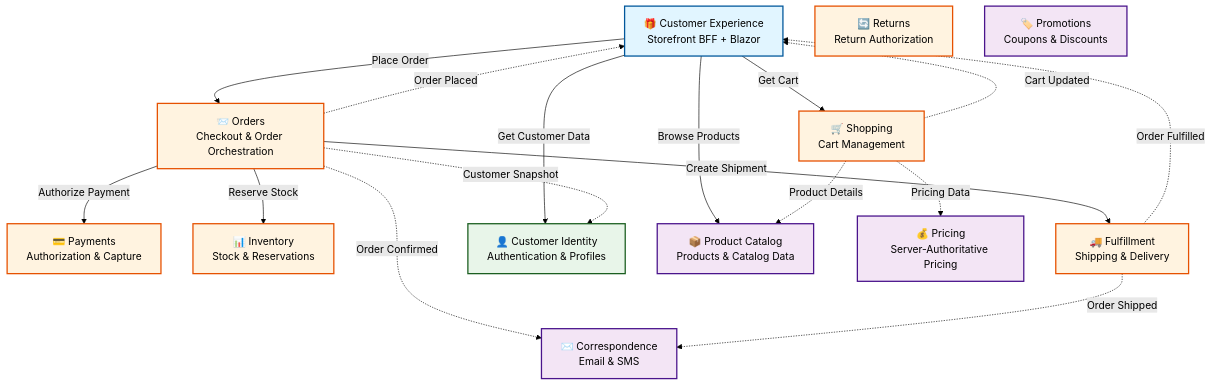
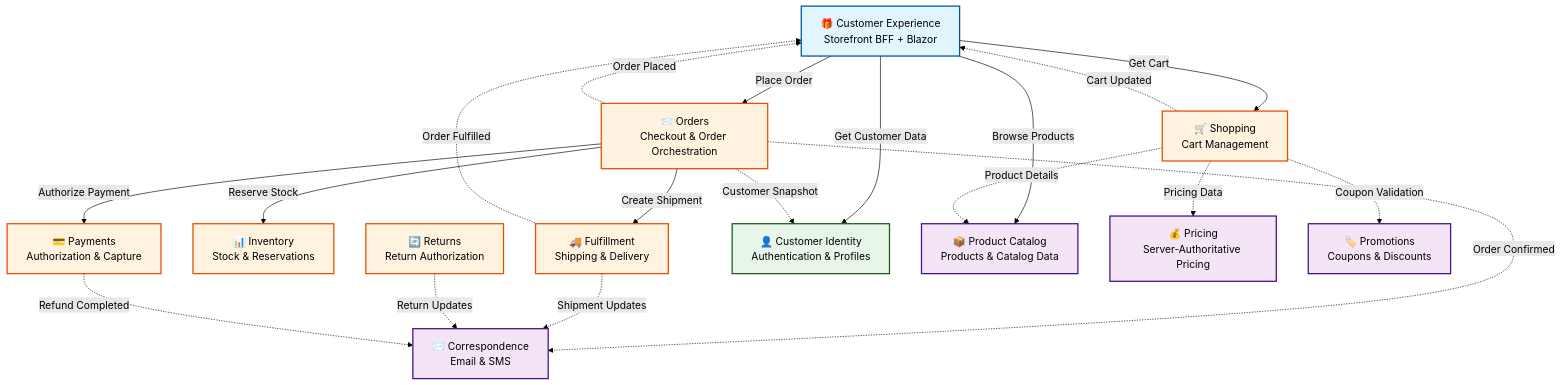
Before and after one commit to erikshafer/CritterSupply: the first of 2 diagrams in README.md, drawn with Mermaid (forest theme). The commit also changed other lines of this file and 3 other files, not shown here.

````diff
--- a/README.md
+++ b/README.md
@@ -83,53 +84,56 @@
 ```mermaid
 graph TB
     %% Customer-Facing Layer
     CE["🎁 Customer Experience<br/>Storefront BFF + Blazor"]
 
     %% Core Business Contexts
     Shopping["🛒 Shopping<br/>Cart Management"]
     Orders["📨 Orders<br/>Checkout & Order Orchestration"]
     Payments["💳 Payments<br/>Authorization & Capture"]
     Inventory["📊 Inventory<br/>Stock & Reservations"]
     Fulfillment["🚚 Fulfillment<br/>Shipping & Delivery"]
     Returns["🔄 Returns<br/>Return Authorization"]
 
     %% Supporting Contexts
     CustomerID["👤 Customer Identity<br/>Authentication & Profiles"]
     Catalog["📦 Product Catalog<br/>Products & Catalog Data"]
     Pricing["💰 Pricing<br/>Server-Authoritative Pricing"]
     Promotions["🏷️ Promotions<br/>Coupons & Discounts"]
     Correspondence["✉️ Correspondence<br/>Email & SMS"]
 
     %% Customer Experience interactions
     CE -->|Get Cart| Shopping
     CE -->|Place Order| Orders
     CE -->|Browse Products| Catalog
     CE -->|Get Customer Data| CustomerID
 
     %% Order Orchestration (Saga)
     Orders -->|Authorize Payment| Payments
     Orders -->|Reserve Stock| Inventory
     Orders -->|Create Shipment| Fulfillment
 
     %% Data enrichment
     Shopping -.->|Product Details| Catalog
     Shopping -.->|Pricing Data| Pricing
+    Shopping -.->|Coupon Validation| Promotions
     Orders -.->|Customer Snapshot| CustomerID
     Orders -.->|Order Confirmed| Correspondence
-    Fulfillment -.->|Order Shipped| Correspondence
+    Fulfillment -.->|Shipment Updates| Correspondence
+    Returns -.->|Return Updates| Correspondence
+    Payments -.->|Refund Completed| Correspondence
 
     %% Real-time notifications
     Shopping -.->|Cart Updated| CE
     Orders -.->|Order Placed| CE
     Fulfillment -.->|Order Fulfilled| CE
 
     classDef bff fill:#e1f5ff,stroke:#01579b,stroke-width:2px
     classDef core fill:#fff3e0,stroke:#e65100,stroke-width:2px
     classDef support fill:#f3e5f5,stroke:#4a148c,stroke-width:2px
     classDef identity fill:#e8f5e9,stroke:#1b5e20,stroke-width:2px
 
     class CE bff
     class Shopping,Orders,Payments,Inventory,Fulfillment,Returns core
     class Catalog,Pricing,Promotions,Correspondence support
     class CustomerID identity
 ```
````
